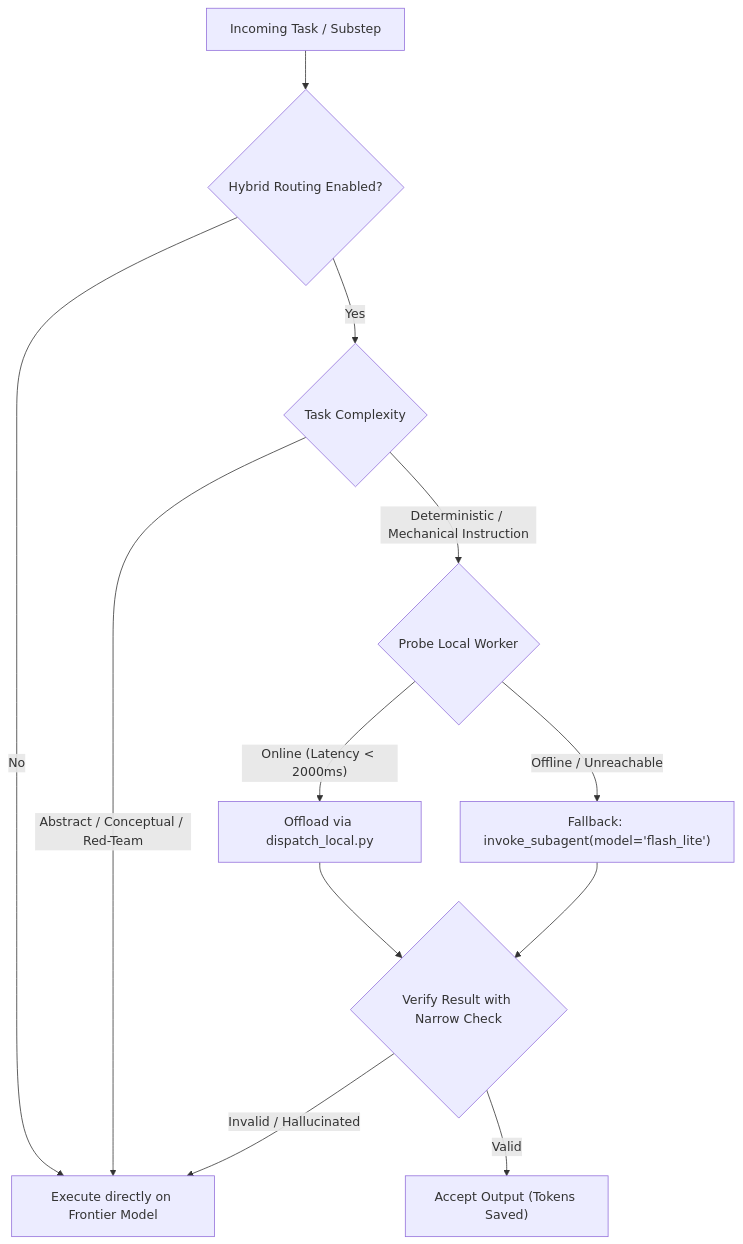
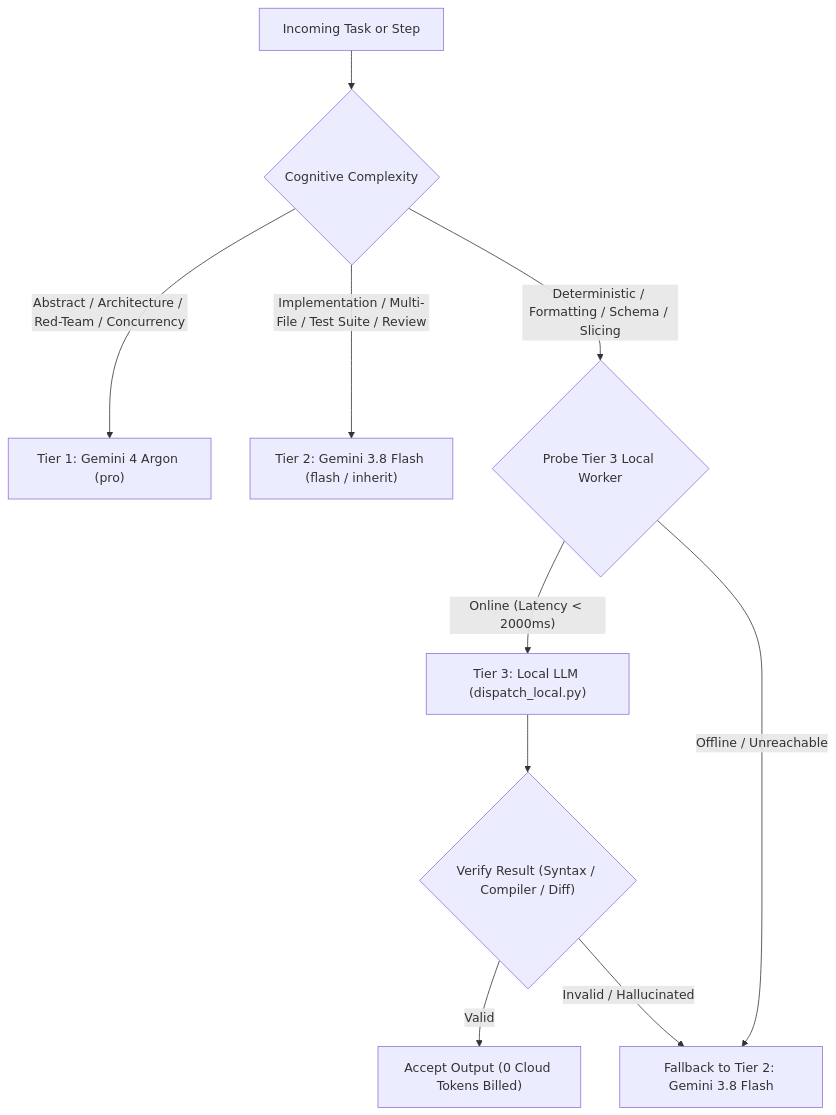
The diagram in reference/skills/hybrid-routing/SKILL.md (bioassembly/opencode-sage), drawn with Mermaid before and after one commit. The commit also changed other lines of this file and 7 other files, not shown here.

Commit message:
refactor(hybrid-routing): convert to 3-tier cognitive routing and remove toggle complexity

````diff
--- a/reference/skills/hybrid-routing/SKILL.md
+++ b/reference/skills/hybrid-routing/SKILL.md
@@ -58,14 +30,15 @@
 ```mermaid
 flowchart TD
-    Task["Incoming Task / Substep"] --> CheckToggle{"Hybrid Routing Enabled?"}
-    CheckToggle -- No --> RunFrontier["Execute directly on Frontier Model"]
-    CheckToggle -- Yes --> Classify{"Task Complexity"}
-    Classify -- "Abstract / Conceptual / Red-Team" --> RunFrontier
-    Classify -- "Deterministic / Mechanical Instruction" --> ProbeLocal{"Probe Local Worker"}
-    ProbeLocal -- "Online (Latency < 2000ms)" --> DispatchLocal["Offload via dispatch_local.py"]
-    ProbeLocal -- "Offline / Unreachable" --> SubagentTier["Fallback: invoke_subagent(model='flash_lite')"]
-    DispatchLocal --> VerifyOutput{"Verify Result with Narrow Check"}
-    SubagentTier --> VerifyOutput
-    VerifyOutput -- "Valid" --> AcceptResult["Accept Output (Tokens Saved)"]
-    VerifyOutput -- "Invalid / Hallucinated" --> RunFrontier
+    Request["Incoming Task or Step"] --> Classify{"Cognitive Complexity"}
+    
+    Classify -- "Abstract / Architecture / Red-Team / Concurrency" --> Tier1["Tier 1: Gemini 4 Argon (pro)"]
+    Classify -- "Implementation / Multi-File / Test Suite / Review" --> Tier2["Tier 2: Gemini 3.8 Flash (flash / inherit)"]
+    Classify -- "Deterministic / Formatting / Schema / Slicing" --> Probe3{"Probe Tier 3 Local Worker"}
+    
+    Probe3 -- "Online (Latency < 2000ms)" --> Tier3["Tier 3: Local LLM (dispatch_local.py)"]
+    Probe3 -- "Offline / Unreachable" --> FallbackTier2["Fallback to Tier 2: Gemini 3.8 Flash"]
+    
+    Tier3 --> Verify3{"Verify Result (Syntax / Compiler / Diff)"}
+    Verify3 -- "Valid" --> Accept["Accept Output (0 Cloud Tokens Billed)"]
+    Verify3 -- "Invalid / Hallucinated" --> FallbackTier2
 ```
````
